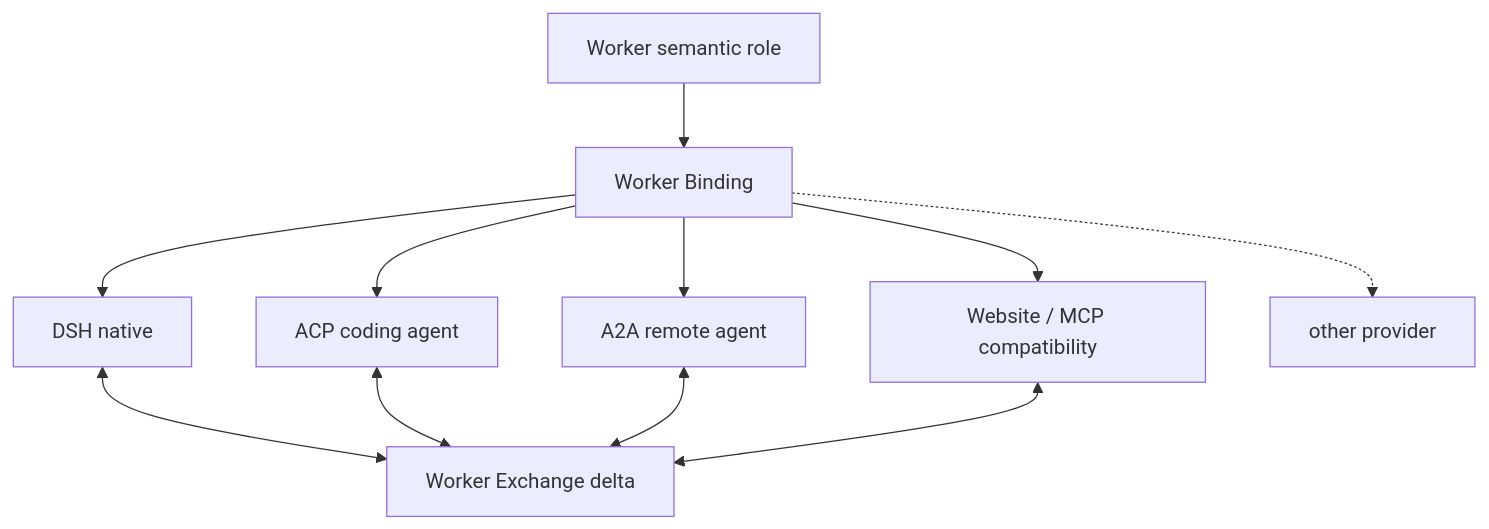
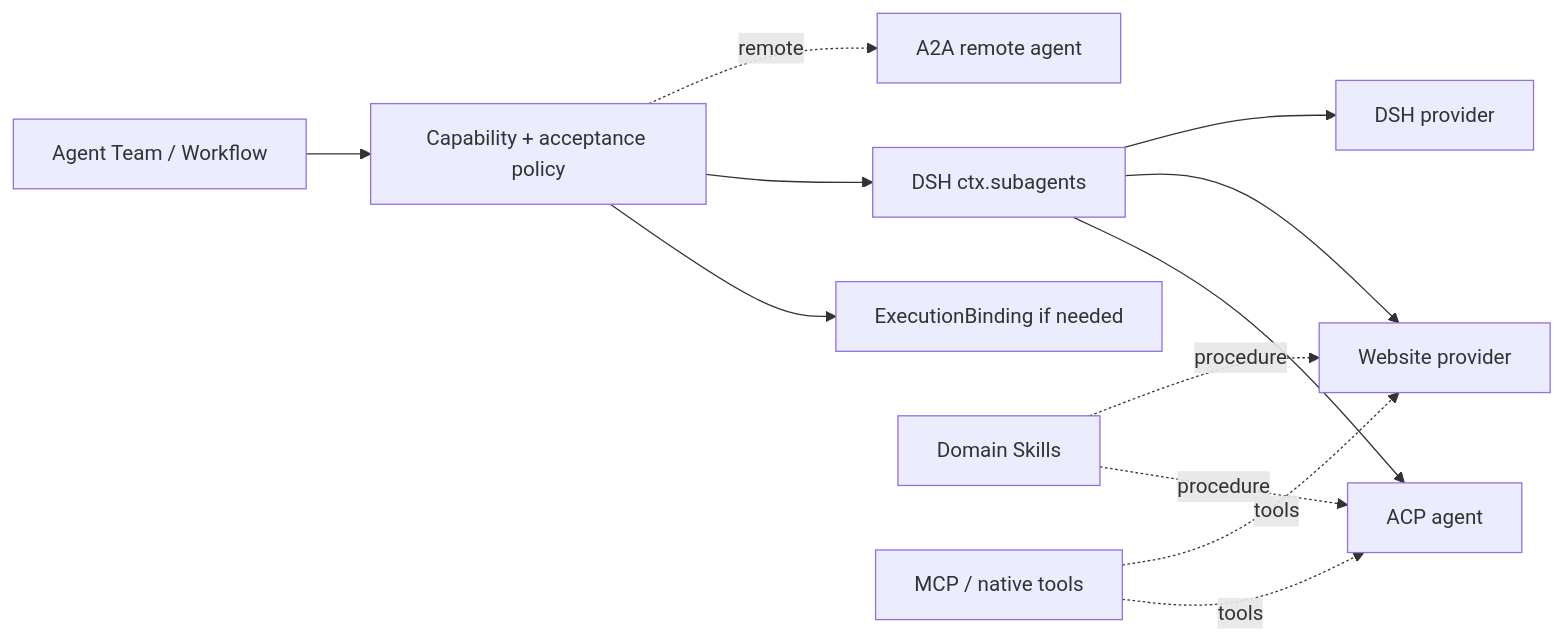
One commit to tsuuanmi/AgentOS changed the diagram in docs/architecture/worker-boundaries.md. Above: the diagram before and after it, drawn with Mermaid. The commit also changed other lines of this file, not shown here.

Commit message:
docs: replace Worker Exchange boundary with minimal execution binding

```diff
--- a/docs/architecture/worker-boundaries.md
+++ b/docs/architecture/worker-boundaries.md
@@ -228,18 +14,29 @@
 ~~~mermaid
-flowchart TB
-    Worker[Worker semantic role]
-    Binding[Worker Binding]
-    Exchange[Worker Exchange delta]
+flowchart LR
+    Team[Agent Team / Workflow]
+    Policy[Capability + acceptance policy]
+    Binding[ExecutionBinding if needed]
+    Sub[DSH ctx.subagents]
 
-    Worker --> Binding
-    Binding --> DSH[DSH native]
-    Binding --> ACP[ACP coding agent]
-    Binding --> A2A[A2A remote agent]
-    Binding --> Web[Website / MCP compatibility]
-    Binding -.-> Future[other provider]
+    ACP[ACP agent]
+    Web[Website provider]
+    DSH[DSH provider]
+    A2A[A2A remote agent]
 
-    DSH <--> Exchange
-    ACP <--> Exchange
-    A2A <--> Exchange
-    Web <--> Exchange
+    Skills[Domain Skills]
+    MCP[MCP / native tools]
+
+    Team --> Policy
+    Policy --> Binding
+    Policy --> Sub
+
+    Sub --> ACP
+    Sub --> Web
+    Sub --> DSH
+    Policy -. remote .-> A2A
+
+    Skills -. procedure .-> ACP
+    Skills -. procedure .-> Web
+    MCP -. tools .-> ACP
+    MCP -. tools .-> Web
 ~~~
```
